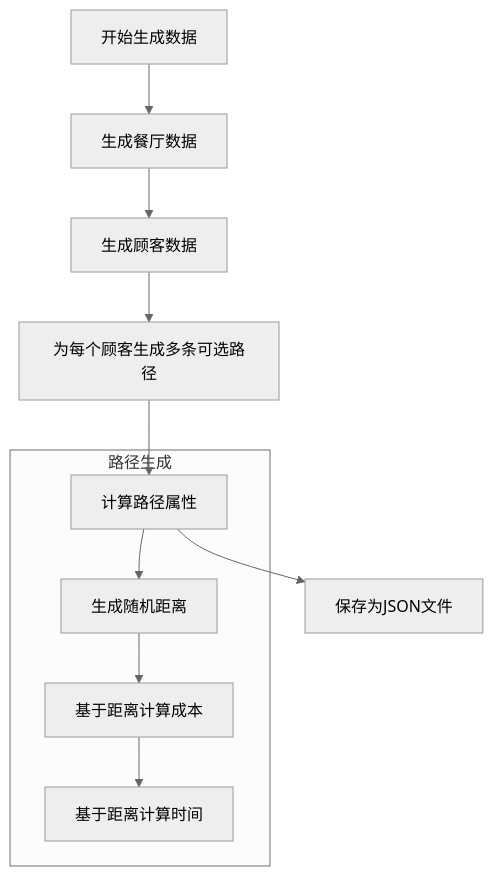
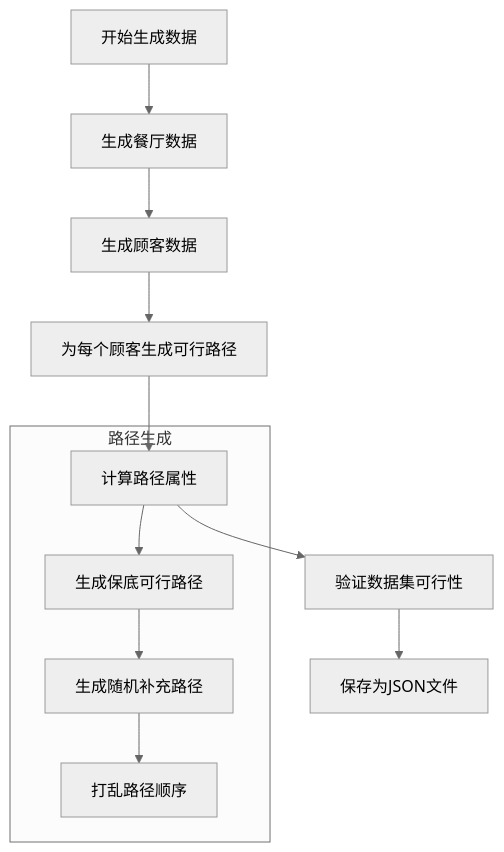
Before and after one commit to 944613709/2024PKU-Takeaway-Finding-Optimal-Path-System: the first of 6 diagrams in README.md, drawn with Mermaid (neutral theme). The commit also changed other lines of this file and 5 other files, not shown here.

````diff
--- a/README.md
+++ b/README.md
@@ -80,14 +169,15 @@
 ```mermaid
 flowchart TD
     A[开始生成数据] --> B[生成餐厅数据]
     B --> C[生成顾客数据]
-    C --> D[为每个顾客生成多条可选路径]
+    C --> D[为每个顾客生成可行路径]
     D --> E[计算路径属性]
-    E --> F[保存为JSON文件]
+    E --> V[验证数据集可行性]
+    V --> F[保存为JSON文件]
     
     subgraph 路径生成
-        E --> E1[生成随机距离]
-        E1 --> E2[基于距离计算成本]
-        E2 --> E3[基于距离计算时间]
+        E --> E1[生成保底可行路径]
+        E1 --> E2[生成随机补充路径]
+        E2 --> E3[打乱路径顺序]
     end
 ```
````
